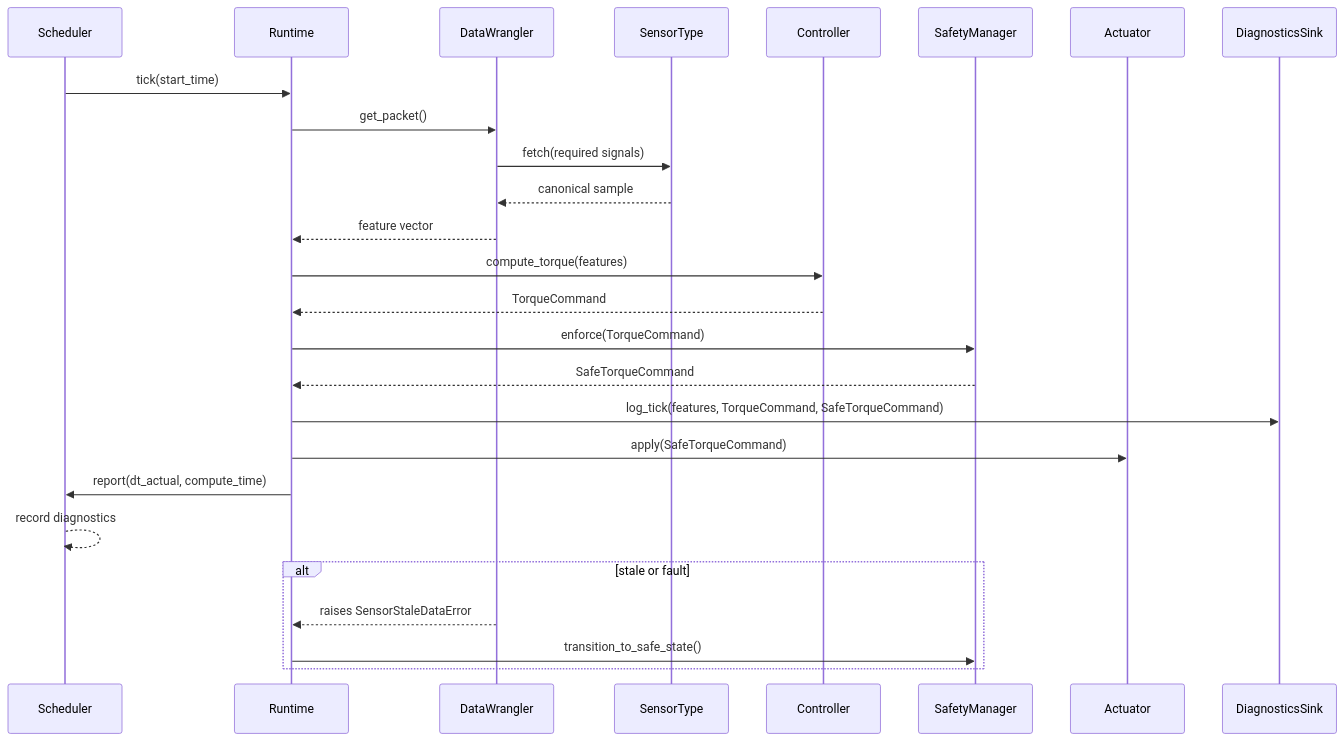
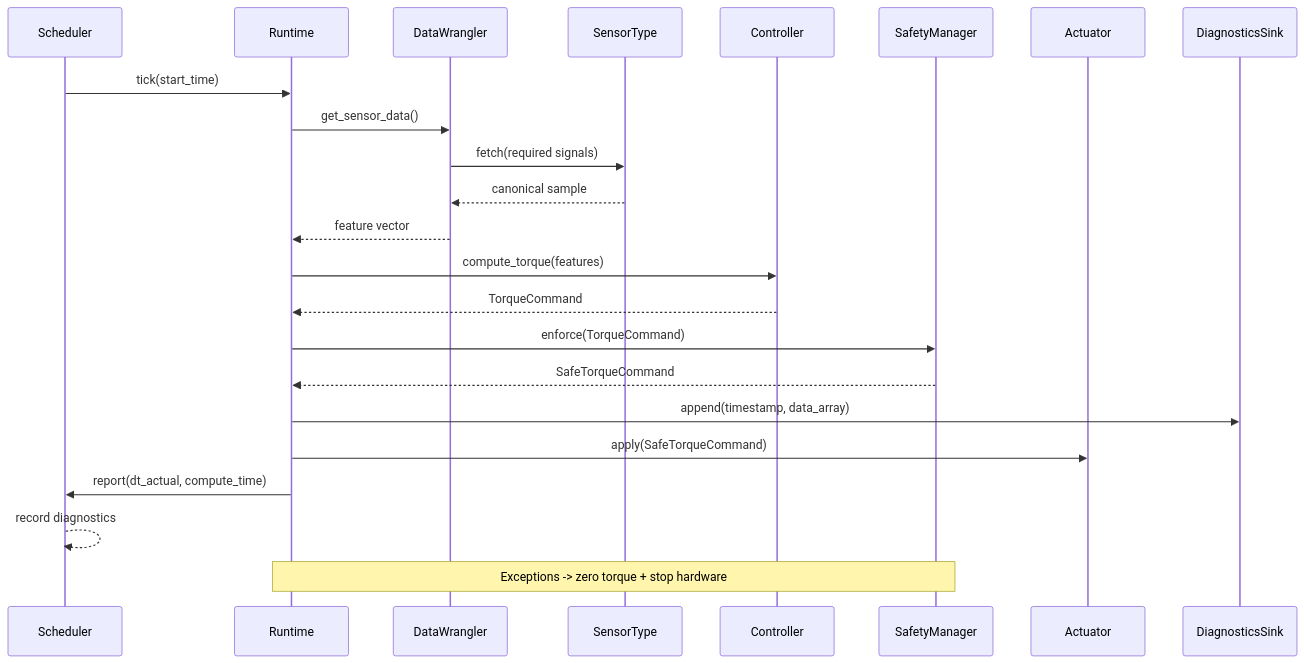
One commit to jmontp/raspberry-pi-controller-runtime changed the fourth of 6 diagrams in docs/architecture.md. Above: the diagram before and after it, drawn with Mermaid. The commit also changed other lines of this file and 2 other files, not shown here.

Commit message:
Architecture document settled, going to start implementing now

````diff
--- a/docs/architecture.md
+++ b/docs/architecture.md
@@ -284,29 +247,26 @@
 ```mermaid
 sequenceDiagram
     participant Scheduler
     participant Runtime
     participant Wrangler as DataWrangler
     participant SensorType
     participant Controller
     participant Safety as SafetyManager
     participant Actuator
     participant Diagnostics as DiagnosticsSink
-
+    
     Scheduler->>Runtime: tick(start_time)
-    Runtime->>Wrangler: get_packet()
+    Runtime->>Wrangler: get_sensor_data()
     Wrangler->>SensorType: fetch(required signals)
     SensorType-->>Wrangler: canonical sample
     Wrangler-->>Runtime: feature vector
     Runtime->>Controller: compute_torque(features)
     Controller-->>Runtime: TorqueCommand
     Runtime->>Safety: enforce(TorqueCommand)
     Safety-->>Runtime: SafeTorqueCommand
-    Runtime->>Diagnostics: log_tick(features, TorqueCommand, SafeTorqueCommand)
-    Runtime->>Actuator: apply(SafeTorqueCommand)
-    Runtime->>Scheduler: report(dt_actual, compute_time)
-    Scheduler-->>Scheduler: record diagnostics
-    alt stale or fault
-        Wrangler-->>Runtime: raises SensorStaleDataError
-        Runtime->>Safety: transition_to_safe_state()
-    end
+    Runtime->>Diagnostics: append(timestamp, data_array)
+   Runtime->>Actuator: apply(SafeTorqueCommand)
+   Runtime->>Scheduler: report(dt_actual, compute_time)
+   Scheduler-->>Scheduler: record diagnostics
+    Note over Runtime,Safety: Exceptions -> zero torque + stop hardware
 ```
````
